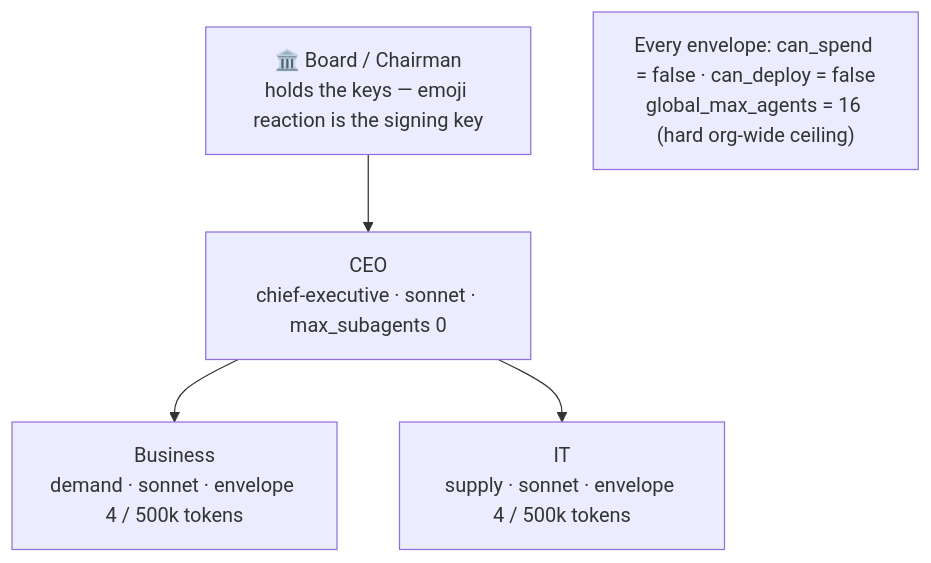
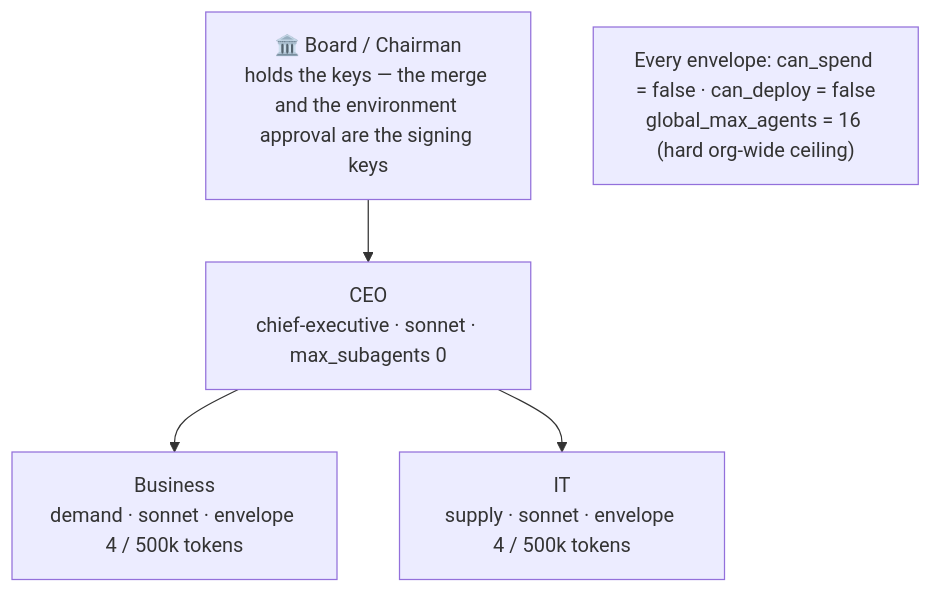
One commit to johnplantada/scrum-jail-governance-playbook changed the fourth of 10 diagrams in docs/ARCHITECTURE.md. Above: the diagram before and after it, drawn with Mermaid. The commit also changed other lines of this file and 15 other files, not shown here.

````diff
--- a/docs/ARCHITECTURE.md
+++ b/docs/ARCHITECTURE.md
@@ -115,11 +159,11 @@
 ```mermaid
 flowchart TD
-    Board["🏛️ Board / Chairman<br/>holds the keys — emoji reaction is the signing key"]
+    Board["🏛️ Board / Chairman<br/>holds the keys — the merge and the environment approval are the signing keys"]
     CEO["CEO<br/>chief-executive · sonnet · max_subagents 0"]
     BIZ["Business<br/>demand · sonnet · envelope 4 / 500k tokens"]
     IT["IT<br/>supply · sonnet · envelope 4 / 500k tokens"]
     Board --> CEO
     CEO --> BIZ
     CEO --> IT
     Rule["Every envelope: can_spend = false · can_deploy = false<br/>global_max_agents = 16 (hard org-wide ceiling)"]
 ```
````
